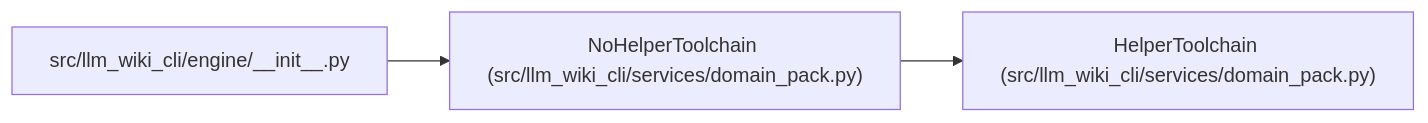
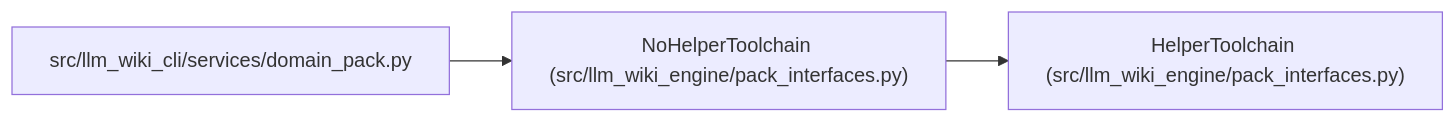
The diagram in docs/llm_wiki/entities/NoHelperToolchain.md (Denissvgn/python-wiki-llm), drawn with Mermaid before and after one commit. The commit also changed other lines of this file and 585 other files, not shown here.

Commit message:
docs: refresh the wiki for per-engine integrations

````diff
--- a/docs/llm_wiki/entities/NoHelperToolchain.md
+++ b/docs/llm_wiki/entities/NoHelperToolchain.md
@@ -29,11 +29,11 @@
 ```mermaid
 flowchart LR
-    n0["NoHelperToolchain (src/llm_wiki_cli/services/domain_pack.py)"]
-    n1["HelperToolchain (src/llm_wiki_cli/services/domain_pack.py)"]
-    n2["src/llm_wiki_cli/engine/__init__.py"]
+    n0["NoHelperToolchain (src/llm_wiki_engine/pack_interfaces.py)"]
+    n1["HelperToolchain (src/llm_wiki_engine/pack_interfaces.py)"]
+    n2["src/llm_wiki_cli/services/domain_pack.py"]
     n0 --> n1
     n2 --> n0
-    click n0 "../modules/domain_pack.md"
-    click n1 "../modules/domain_pack.md"
-    click n2 "../modules/engine___init__.md"
+    click n0 "../modules/pack_interfaces.md"
+    click n1 "../modules/pack_interfaces.md"
+    click n2 "../modules/domain_pack.md"
 ```
````
